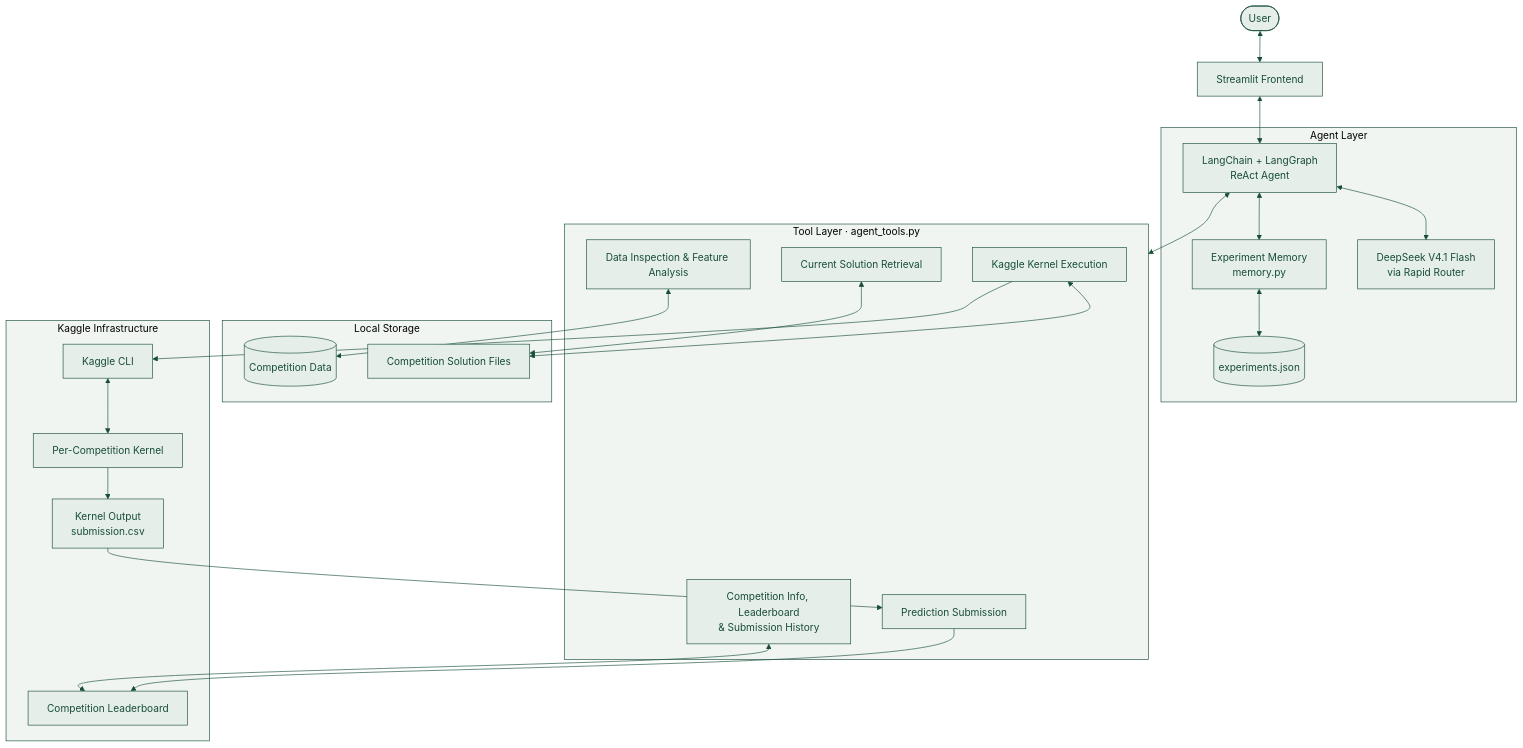
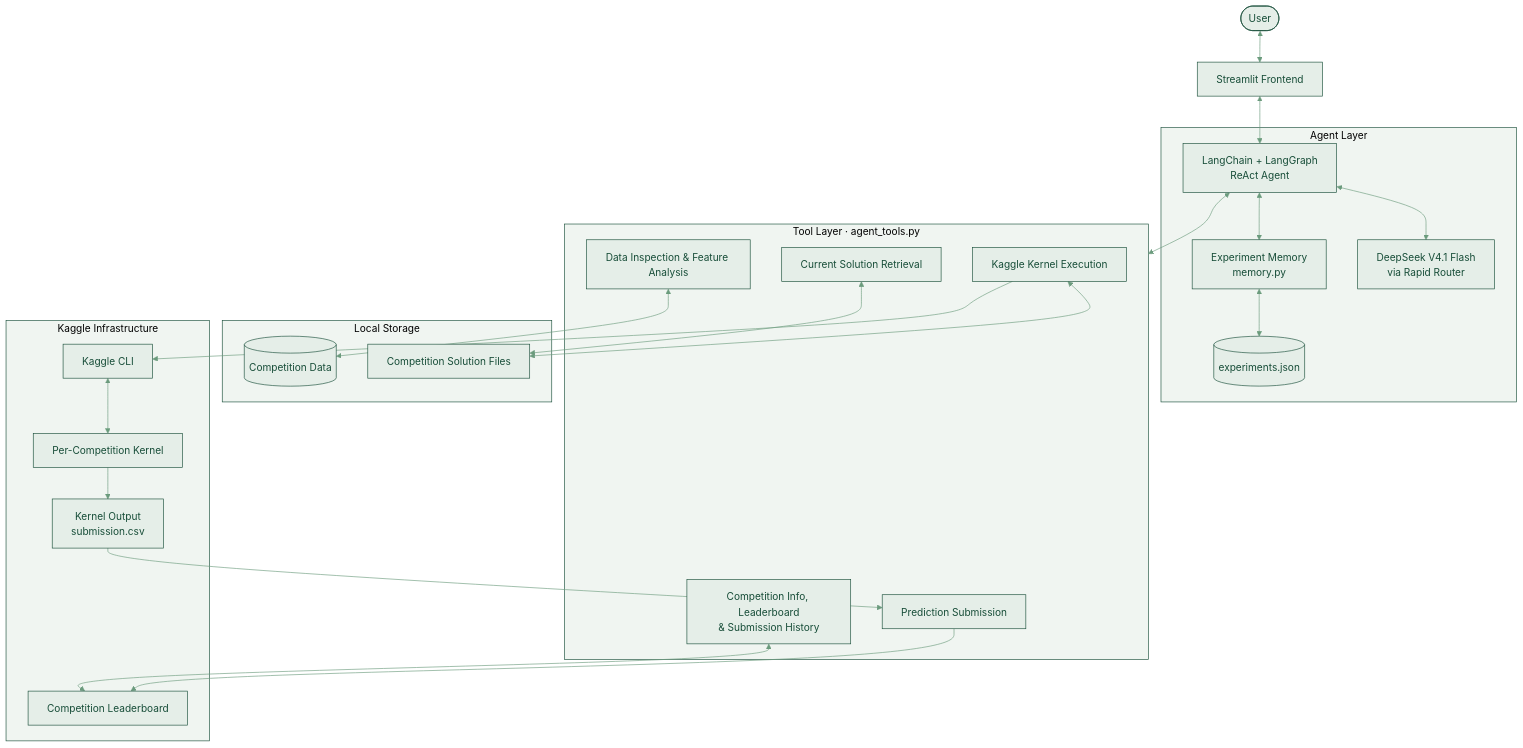
The diagram in README.md (RugvedBane/Kwest), drawn with Mermaid before and after one commit.

Commit message:
Update lineColor in README theme settings
Changed lineColor from '#174D38' to '#6B9B7D' in theme settings.

````diff
--- a/README.md
+++ b/README.md
@@ -46,61 +46,61 @@
 ```mermaid
 %%{init: {'theme': 'base', 'themeVariables': {
   'background': '#F7F9F5',
   'primaryColor': '#E5EEE8',
   'primaryTextColor': '#174D38',
   'primaryBorderColor': '#174D38',
-  'lineColor': '#174D38',
+  'lineColor': '#6B9B7D',
   'secondaryColor': '#EEF3EF',
   'tertiaryColor': '#FFFFFF',
   'clusterBkg': '#F0F5F1',
   'clusterBorder': '#174D38',
   'edgeLabelBackground': '#F7F9F5'
 }}}%%
 flowchart TD
     U(["User"]) <--> UI["Streamlit Frontend"]
 
     subgraph AGENT["Agent Layer"]
         A["LangChain + LangGraph<br/>ReAct Agent"]
         LLM["DeepSeek V4.1 Flash<br/>via Rapid Router"]
         MEM["Experiment Memory<br/>memory.py"]
         DB[("experiments.json")]
 
         A <--> LLM
         A <--> MEM
         MEM <--> DB
     end
 
     UI <--> A
 
     subgraph TOOLS["Tool Layer · agent_tools.py"]
         T1["Data Inspection & Feature Analysis"]
         T2["Competition Info, Leaderboard<br/>& Submission History"]
         T3["Current Solution Retrieval"]
         T4["Kaggle Kernel Execution"]
         T5["Prediction Submission"]
     end
 
     A <--> TOOLS
 
     subgraph LOCAL["Local Storage"]
         DATA[("Competition Data")]
         SOL["Competition Solution Files"]
     end
 
     subgraph KAGGLE["Kaggle Infrastructure"]
         API["Kaggle CLI"]
         KERNEL["Per-Competition Kernel"]
         OUTPUT["Kernel Output<br/>submission.csv"]
         BOARD["Competition Leaderboard"]
     end
 
     T1 <--> DATA
     T2 <--> BOARD
     T3 <--> SOL
     T4 <--> SOL
     T4 --> API
     API <--> KERNEL
     KERNEL --> OUTPUT
     OUTPUT --> T5
     T5 --> BOARD
 ```
````
